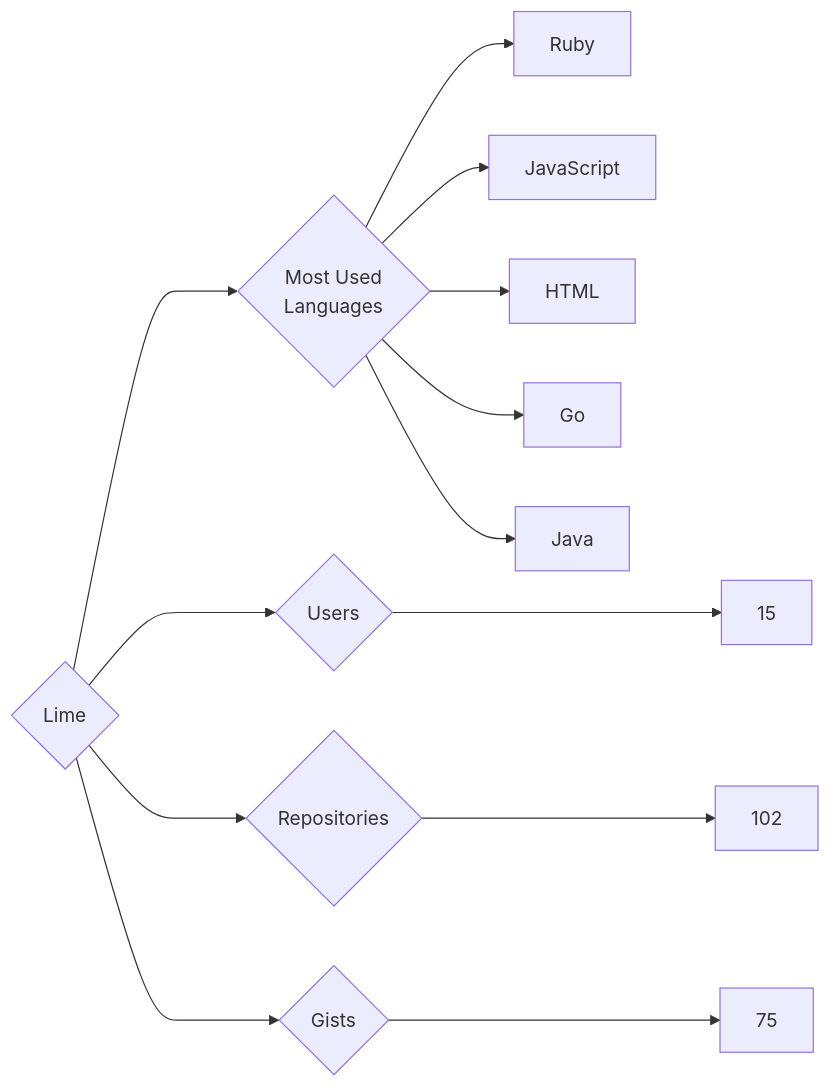
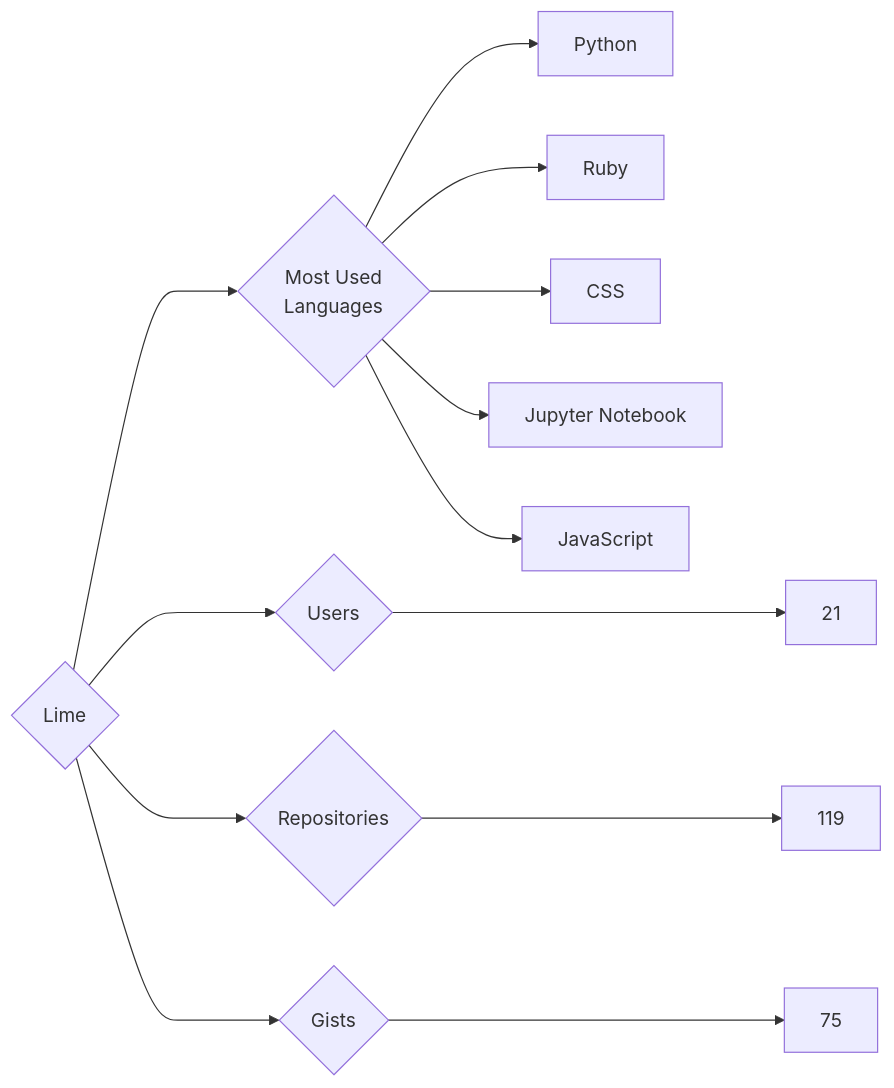
One commit to trickest/insiders changed the diagram in targets/Lime/README.md. Above: the diagram before and after it, drawn with Mermaid. The commit also changed 873 other files, not shown here.

````diff
--- a/targets/Lime/README.md
+++ b/targets/Lime/README.md
@@ -3,13 +3,13 @@
 ```mermaid
 graph LR
 COMPANY_NAME{Lime}
-COMPANY_NAME ---> U{Users} ---> UN[15]
-COMPANY_NAME ---> R{Repositories} ---> RN[102]
+COMPANY_NAME ---> U{Users} ---> UN[21]
+COMPANY_NAME ---> R{Repositories} ---> RN[119]
 COMPANY_NAME ---> G{Gists} ---> GN[75]
 COMPANY_NAME ---> ML{Most Used<br>Languages}
+ML --> Python[Python]
 ML --> Ruby[Ruby]
+ML --> CSS[CSS]
+ML --> Jupyter_Notebook[Jupyter Notebook]
 ML --> JavaScript[JavaScript]
-ML --> HTML[HTML]
-ML --> Go[Go]
-ML --> Java[Java]
 ```
````
